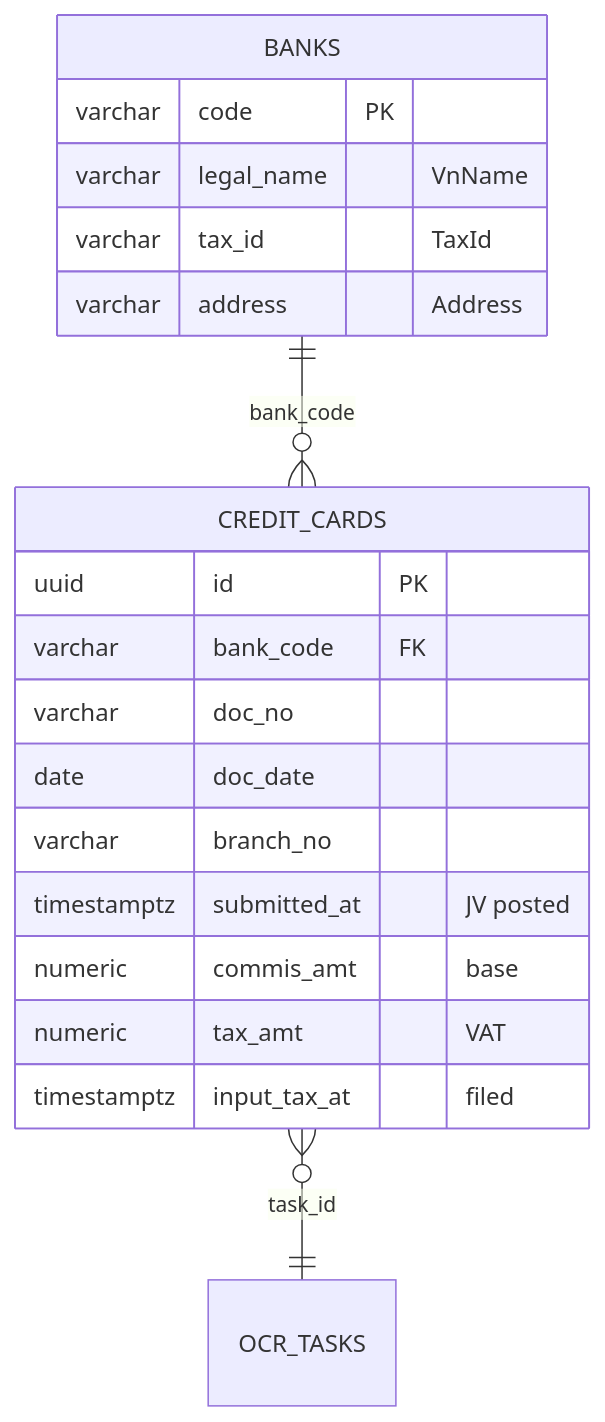
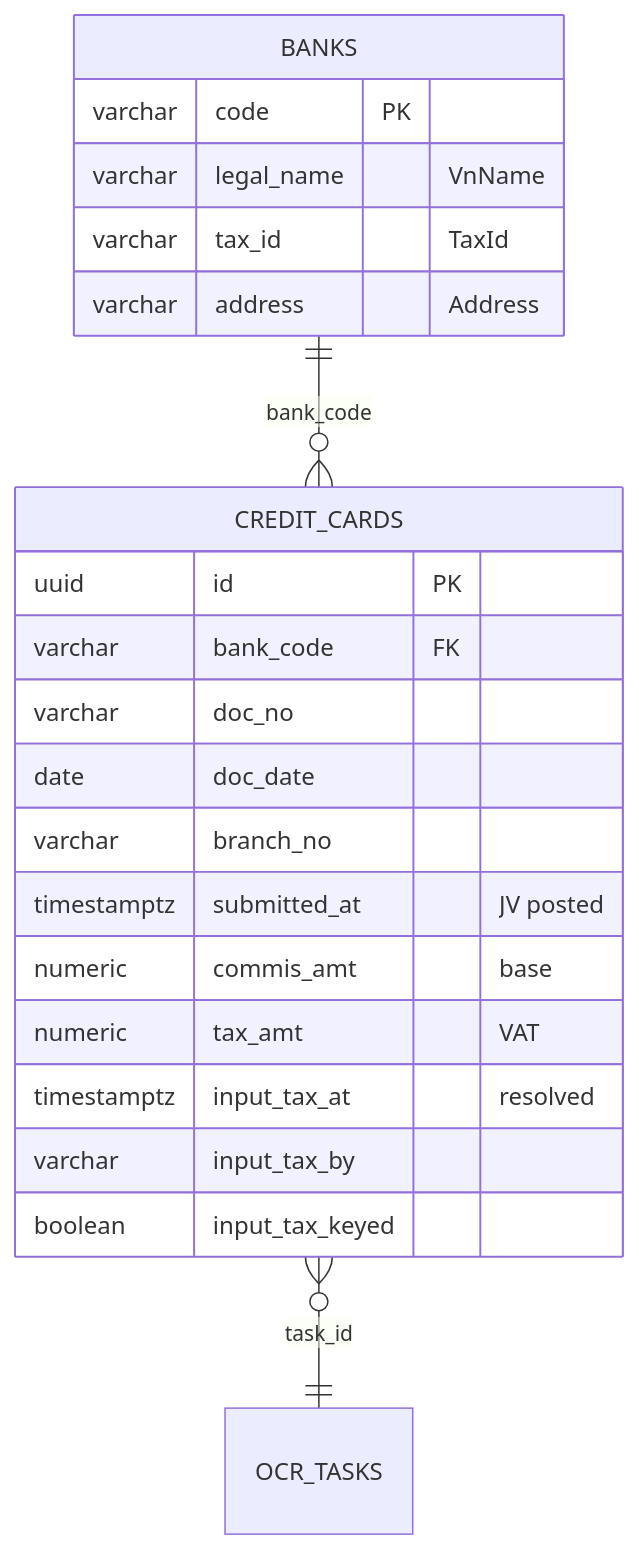
Before and after one commit to developer-carmensoftware/OCR: the second of 6 diagrams in docs/frd/FRD-09-input-tax-reconciliation.md, drawn with Mermaid. The commit also changed other lines of this file and 4 other files, not shown here.

Commit message:
docs: CA-111 late input tax — decision #48, FRD-09 v1.1, FRD-12 v1.3, changelog

````diff
--- a/docs/frd/FRD-09-input-tax-reconciliation.md
+++ b/docs/frd/FRD-09-input-tax-reconciliation.md
@@ -177,22 +204,24 @@
 ```mermaid 6.3 | The two sums travel with the JV so the claim can be filed later
 erDiagram
     BANKS ||--o{ CREDIT_CARDS : bank_code
     CREDIT_CARDS }o--|| OCR_TASKS : task_id
     BANKS {
         varchar code PK
         varchar legal_name "VnName"
         varchar tax_id "TaxId"
         varchar address "Address"
     }
     CREDIT_CARDS {
         uuid id PK
         varchar bank_code FK
         varchar doc_no
         date doc_date
         varchar branch_no
         timestamptz submitted_at "JV posted"
         numeric commis_amt "base"
         numeric tax_amt "VAT"
-        timestamptz input_tax_at "filed"
+        timestamptz input_tax_at "resolved"
+        varchar input_tax_by
+        boolean input_tax_keyed
     }
 ```
````
